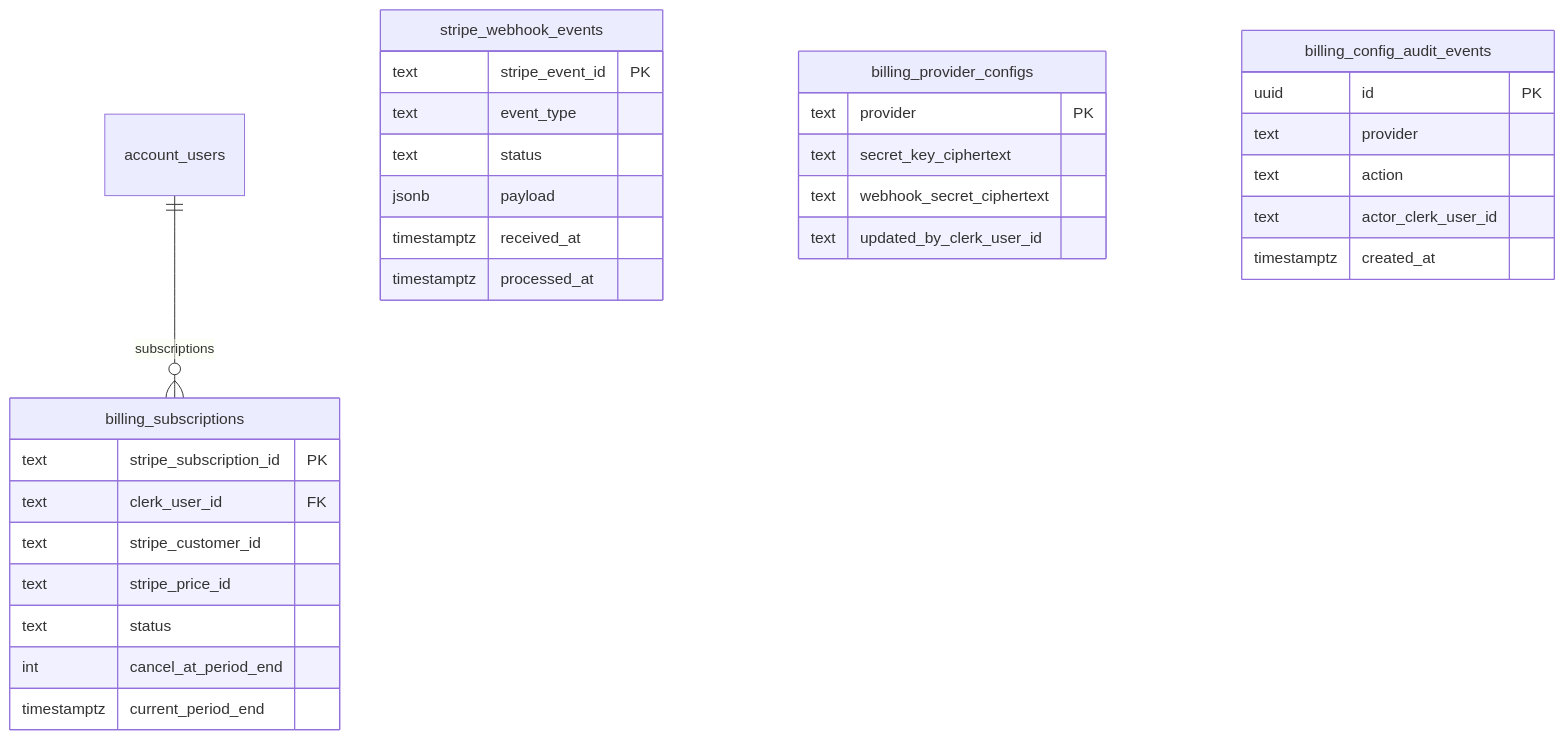
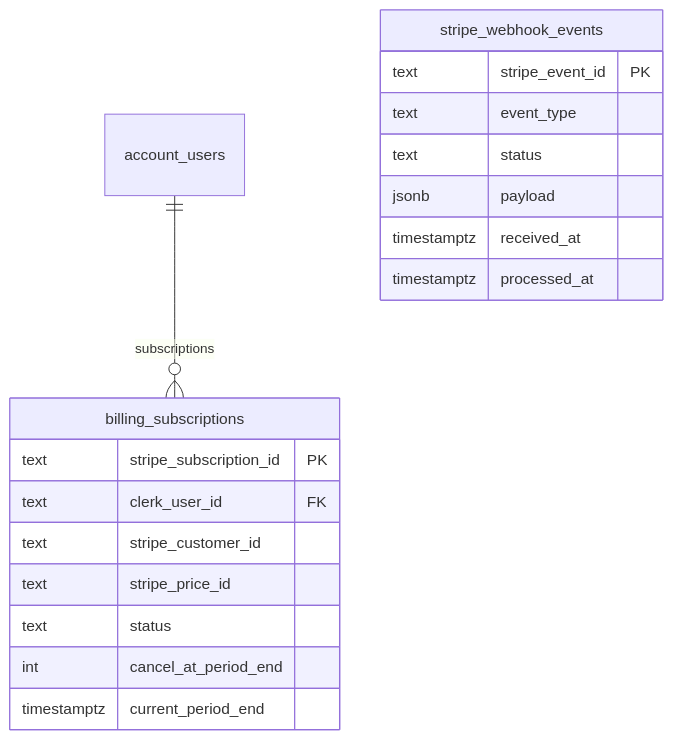
One commit to hypier/tradingagents-report changed the third of 9 diagrams in tg-web/docs/DATABASE_DICTIONARY.md. Above: the diagram before and after it, drawn with Mermaid. The commit also changed other lines of this file and 32 other files, not shown here.

First line of the commit message:
refactor(tg-web): remove billing provider configuration and streamline billing management

````diff
--- a/tg-web/docs/DATABASE_DICTIONARY.md
+++ b/tg-web/docs/DATABASE_DICTIONARY.md
@@ -118,38 +118,23 @@
 ```mermaid
 erDiagram
     account_users ||--o{ billing_subscriptions : subscriptions
 
     billing_subscriptions {
         text stripe_subscription_id PK
         text clerk_user_id FK
         text stripe_customer_id
         text stripe_price_id
         text status
         int cancel_at_period_end
         timestamptz current_period_end
     }
 
     stripe_webhook_events {
         text stripe_event_id PK
         text event_type
         text status
         jsonb payload
         timestamptz received_at
         timestamptz processed_at
     }
-
-    billing_provider_configs {
-        text provider PK
-        text secret_key_ciphertext
-        text webhook_secret_ciphertext
-        text updated_by_clerk_user_id
-    }
-
-    billing_config_audit_events {
-        uuid id PK
-        text provider
-        text action
-        text actor_clerk_user_id
-        timestamptz created_at
-    }
 ```
````
